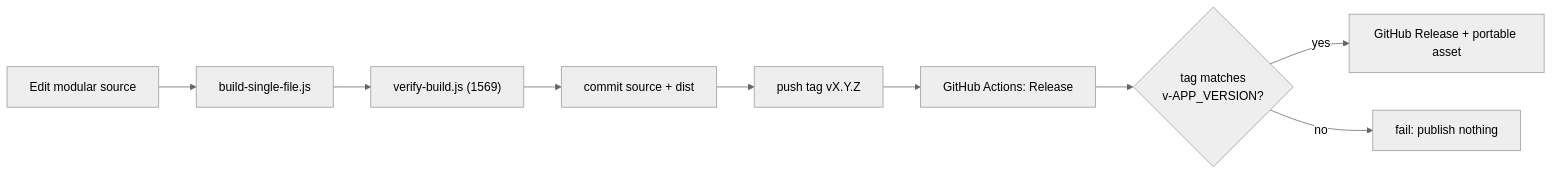
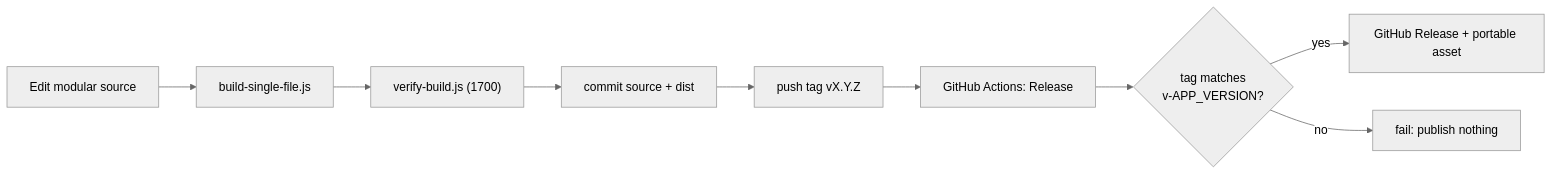
Before and after one commit to fanoryu/TAM-Intelligence-OS: the second of 2 diagrams in README.md, drawn with Mermaid (neutral theme). The commit also changed other lines of this file and 3 other files, not shown here.

````diff
--- a/README.md
+++ b/README.md
@@ -351,9 +351,9 @@
 ```mermaid
 flowchart LR
-  DEV["Edit modular source"] --> B["build-single-file.js"] --> V["verify-build.js (1569)"]
+  DEV["Edit modular source"] --> B["build-single-file.js"] --> V["verify-build.js (1700)"]
   V --> C["commit source + dist"] --> T["push tag vX.Y.Z"]
   T --> GA["GitHub Actions: Release"]
   GA --> GATE{"tag matches<br/>v-APP_VERSION?"}
   GATE -->|yes| REL["GitHub Release + portable asset"]
   GATE -->|no| STOP["fail: publish nothing"]
 ```
````
